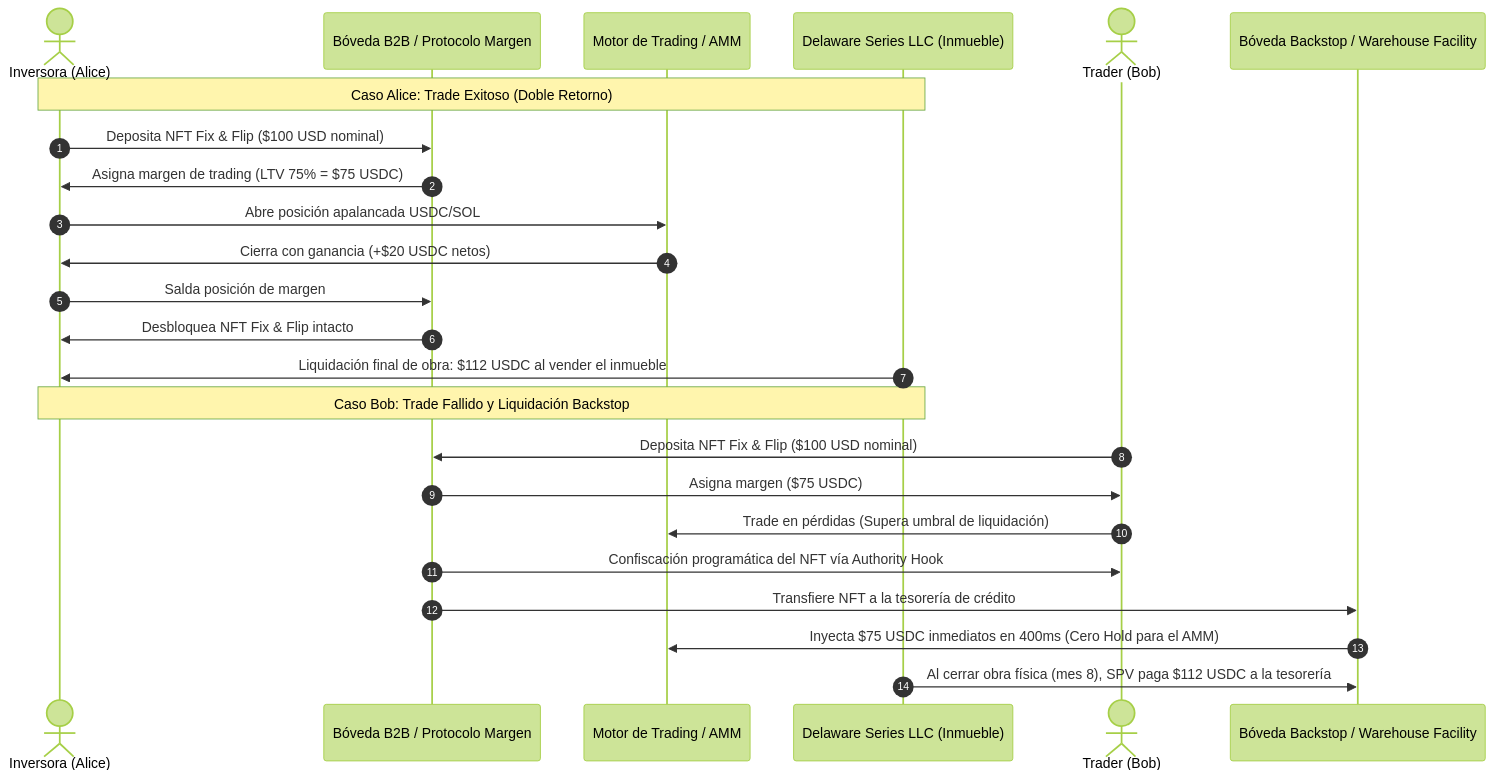
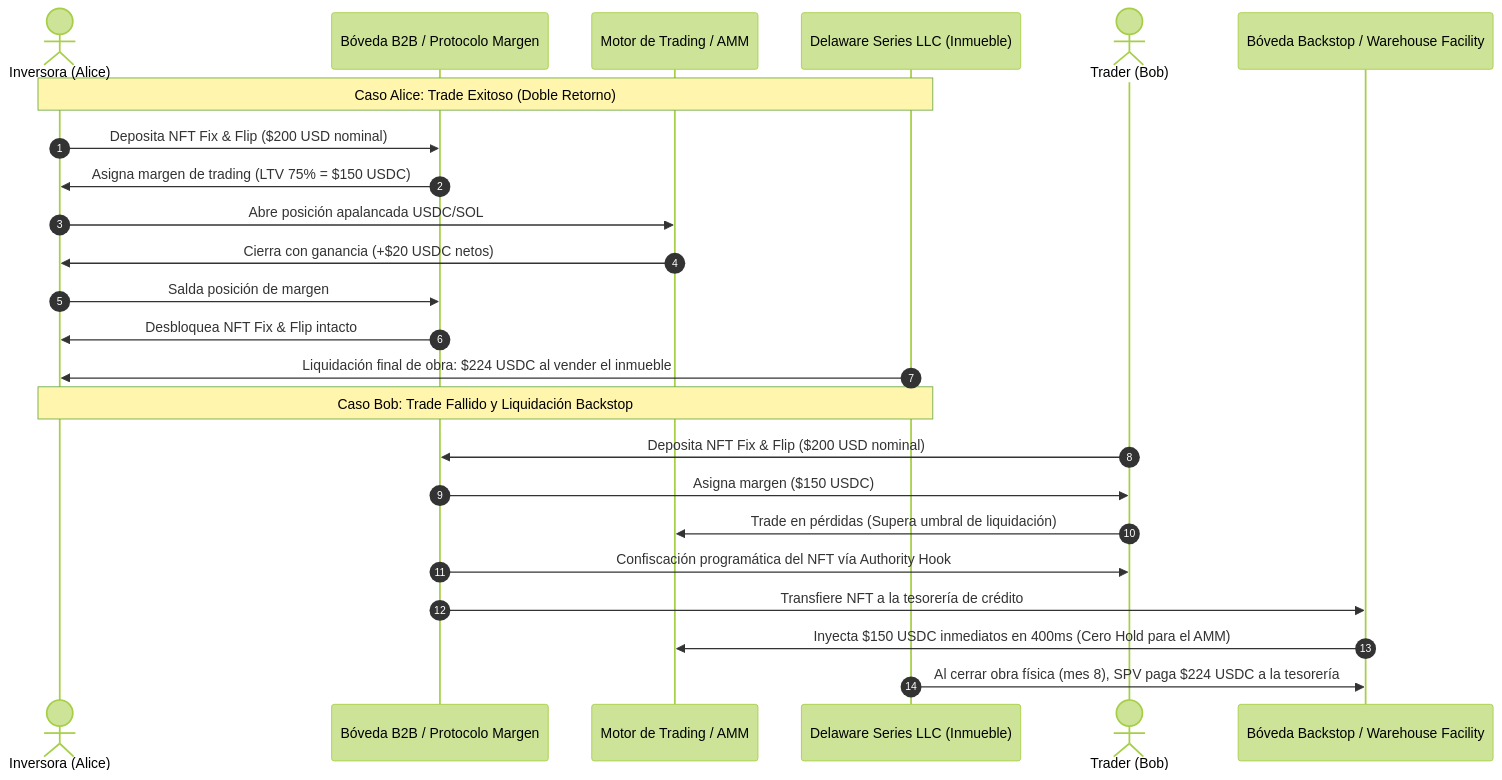
One commit to jeisonsosablockdev/BRIDS-KNOWLEDGE-FORT changed the first of 3 diagrams in BRIDS-Brain/01 Negocio/02 Producto & Ingenieria/rfcs-tecnicos/epic-015-rwa-yield-bearing-margin-collateral.md. Above: the diagram before and after it, drawn with Mermaid (forest theme). The commit also changed other lines of this file and 16 other files, not shown here.

First line of the commit message:
feat(vault): update NFT fraction price to $200 USD and transaction fee to $4 USD

````diff
--- a/BRIDS-Brain/01 Negocio/02 Producto & Ingenieria/rfcs-tecnicos/epic-015-rwa-yield-bearing-margin-collateral.md
+++ b/BRIDS-Brain/01 Negocio/02 Producto & Ingenieria/rfcs-tecnicos/epic-015-rwa-yield-bearing-margin-collateral.md
@@ -58,28 +59,28 @@
 ```mermaid
 sequenceDiagram
     autonumber
     actor Alice as Inversora (Alice)
     participant Vault as Bóveda B2B / Protocolo Margen
     participant AMM as Motor de Trading / AMM
     participant SPV as Delaware Series LLC (Inmueble)
 
     Note over Alice,SPV: Caso Alice: Trade Exitoso (Doble Retorno)
-    Alice->>Vault: Deposita NFT Fix & Flip ($100 USD nominal)
-    Vault->>Alice: Asigna margen de trading (LTV 75% = $75 USDC)
+    Alice->>Vault: Deposita NFT Fix & Flip ($200 USD nominal)
+    Vault->>Alice: Asigna margen de trading (LTV 75% = $150 USDC)
     Alice->>AMM: Abre posición apalancada USDC/SOL
     AMM->>Alice: Cierra con ganancia (+$20 USDC netos)
     Alice->>Vault: Salda posición de margen
     Vault->>Alice: Desbloquea NFT Fix & Flip intacto
-    SPV->>Alice: Liquidación final de obra: $112 USDC al vender el inmueble
+    SPV->>Alice: Liquidación final de obra: $224 USDC al vender el inmueble
 
     Note over Alice,SPV: Caso Bob: Trade Fallido y Liquidación Backstop
     actor Bob as Trader (Bob)
-    Bob->>Vault: Deposita NFT Fix & Flip ($100 USD nominal)
-    Vault->>Bob: Asigna margen ($75 USDC)
+    Bob->>Vault: Deposita NFT Fix & Flip ($200 USD nominal)
+    Vault->>Bob: Asigna margen ($150 USDC)
     Bob->>AMM: Trade en pérdidas (Supera umbral de liquidación)
     Vault->>Bob: Confiscación programática del NFT vía Authority Hook
     participant BRIDS as Bóveda Backstop / Warehouse Facility
     Vault->>BRIDS: Transfiere NFT a la tesorería de crédito
-    BRIDS->>AMM: Inyecta $75 USDC inmediatos en 400ms (Cero Hold para el AMM)
-    SPV->>BRIDS: Al cerrar obra física (mes 8), SPV paga $112 USDC a la tesorería
+    BRIDS->>AMM: Inyecta $150 USDC inmediatos en 400ms (Cero Hold para el AMM)
+    SPV->>BRIDS: Al cerrar obra física (mes 8), SPV paga $224 USDC a la tesorería
 ```
````
